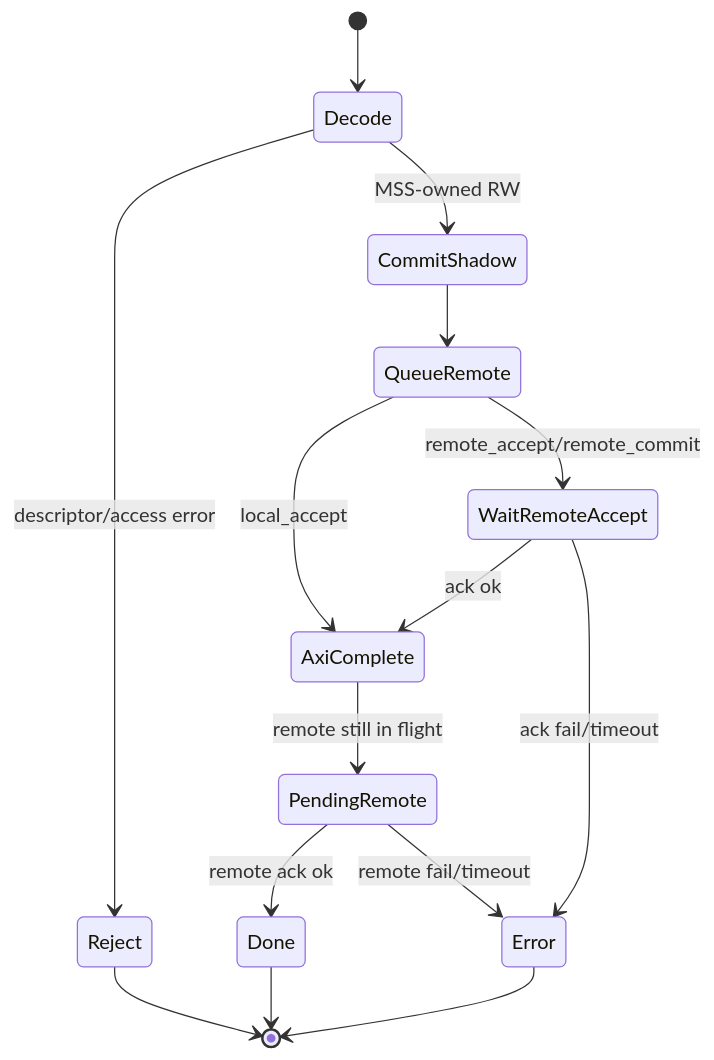
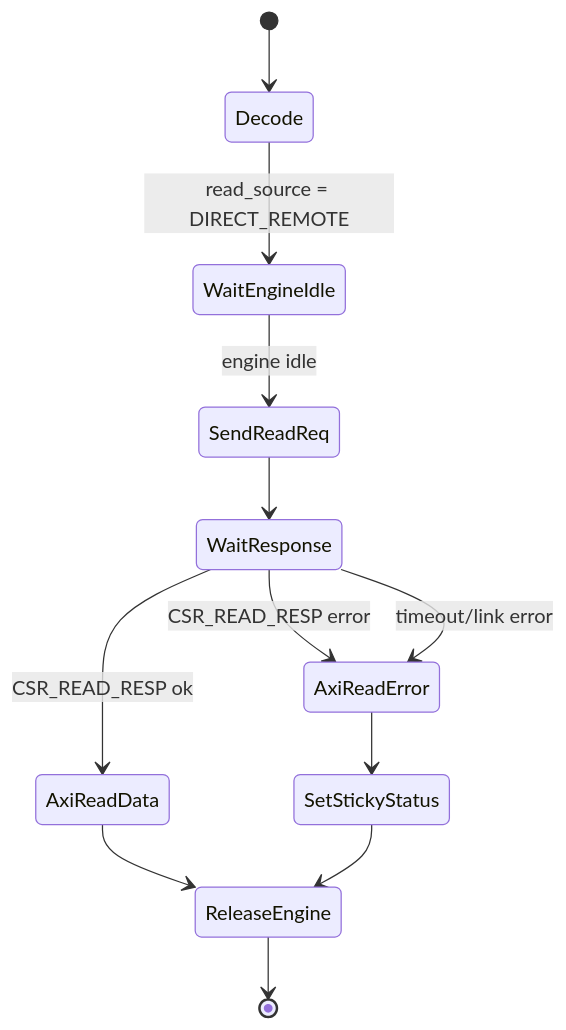
One commit to uniqro/Remote-CSR-Proxy changed the second of 4 diagrams in interface_contract.md. Above: the diagram before and after it, drawn with Mermaid. The commit also changed other lines of this file and 1 other file, not shown here.

Commit message:
Refine resource optimized CSR proxy v1

````diff
--- a/interface_contract.md
+++ b/interface_contract.md
@@ -362,17 +346,14 @@
 ```mermaid
 stateDiagram-v2
     [*] --> Decode
-    Decode --> Reject: descriptor/access error
-    Decode --> CommitShadow: MSS-owned RW
-    CommitShadow --> QueueRemote
-    QueueRemote --> AxiComplete: local_accept
-    QueueRemote --> WaitRemoteAccept: remote_accept/remote_commit
-    WaitRemoteAccept --> AxiComplete: ack ok
-    WaitRemoteAccept --> Error: ack fail/timeout
-    AxiComplete --> PendingRemote: remote still in flight
-    PendingRemote --> Done: remote ack ok
-    PendingRemote --> Error: remote fail/timeout
-    Reject --> [*]
-    Done --> [*]
-    Error --> [*]
+    Decode --> WaitEngineIdle: read_source = DIRECT_REMOTE
+    WaitEngineIdle --> SendReadReq: engine idle
+    SendReadReq --> WaitResponse
+    WaitResponse --> AxiReadData: CSR_READ_RESP ok
+    WaitResponse --> AxiReadError: CSR_READ_RESP error
+    WaitResponse --> AxiReadError: timeout/link error
+    AxiReadData --> ReleaseEngine
+    AxiReadError --> SetStickyStatus
+    SetStickyStatus --> ReleaseEngine
+    ReleaseEngine --> [*]
 ```
````
